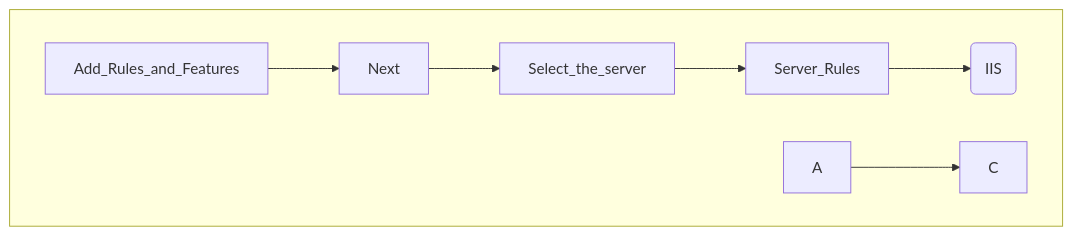
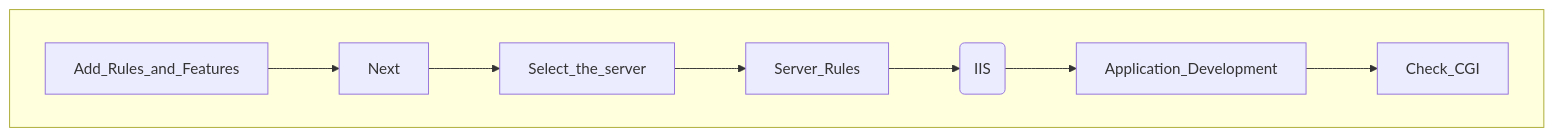
One commit to Kietpawpan/Apache changed the second of 2 diagrams in README.md. Above: the diagram before and after it, drawn with Mermaid.

````diff
--- a/README.md
+++ b/README.md
@@ -34,9 +34,9 @@
 ```mermaid
 
 flowchart TD
 subgraph Z[" "]
 direction LR
     Add_Rules_and_Features-->Next-->Select_the_server-->Server_Rules-->Web_Server(IIS);
-    A-->C;
+    Web_Server-->Application_Development-->Check_CGI;
 end
 ```
````
